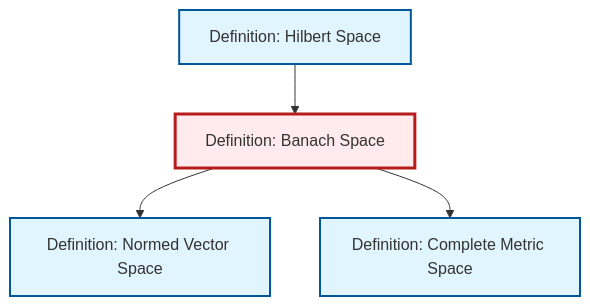
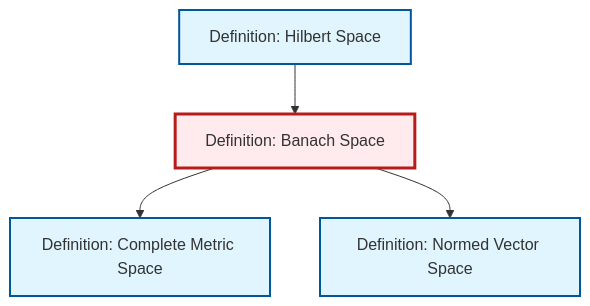
One commit to RK0429/ModernMath changed the diagram in content/ja/analysis/def-banach-space.qmd. Above: the diagram before and after it, drawn with Mermaid. The commit also changed other lines of this file and 619 other files, not shown here.

````diff
--- a/content/ja/analysis/def-banach-space.qmd
+++ b/content/ja/analysis/def-banach-space.qmd
@@ -120,20 +120,20 @@
 ```{mermaid}
 %%| fig-cap: "Local dependency graph"
 graph TD
     classDef definition fill:#e1f5fe,stroke:#01579b,stroke-width:2px
     classDef theorem fill:#f3e5f5,stroke:#4a148c,stroke-width:2px
     classDef axiom fill:#fff3e0,stroke:#e65100,stroke-width:2px
     classDef example fill:#e8f5e9,stroke:#1b5e20,stroke-width:2px
     classDef current fill:#ffebee,stroke:#b71c1c,stroke-width:3px
     def-banach-space["Definition: Banach Space"]:::definition
+    def-hilbert-space["Definition: Hilbert Space"]:::definition
+    def-normed-vector-space["Definition: Normed Vector Space"]:::definition
     def-complete-metric-space["Definition: Complete Metric Space"]:::definition
-    def-normed-vector-space["Definition: Normed Vector Space"]:::definition
-    def-hilbert-space["Definition: Hilbert Space"]:::definition
     def-hilbert-space --> def-banach-space
+    def-banach-space --> def-complete-metric-space
     def-banach-space --> def-normed-vector-space
-    def-banach-space --> def-complete-metric-space
     class def-banach-space current
+    click def-hilbert-space "def-hilbert-space.html" "Definition: Hilbert Spaceへ"
+    click def-normed-vector-space "def-normed-vector-space.html" "Definition: Normed Vector Spaceへ"
     click def-complete-metric-space "def-complete-metric-space.html" "Definition: Complete Metric Spaceへ"
-    click def-normed-vector-space "def-normed-vector-space.html" "Definition: Normed Vector Spaceへ"
-    click def-hilbert-space "def-hilbert-space.html" "Definition: Hilbert Spaceへ"
 ```
````
